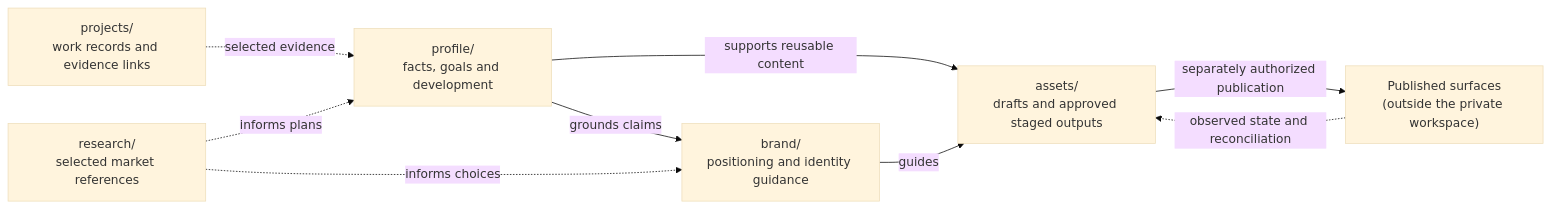
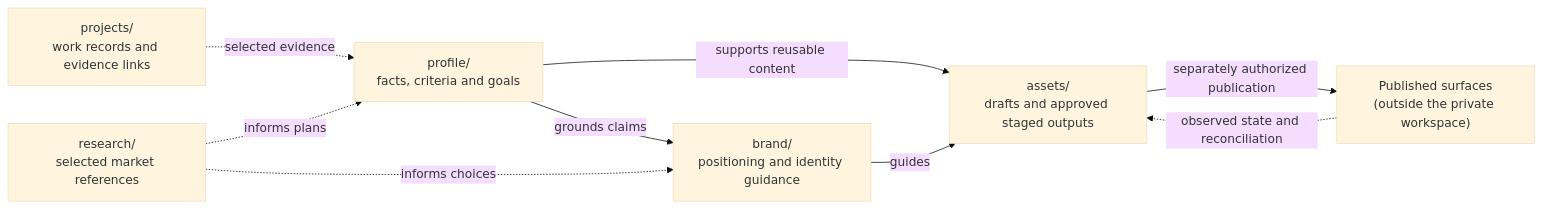
Before and after one commit to lfarci/career-skills: the diagram in docs/WORKSPACE.md, drawn with Mermaid (base theme). The commit also changed other lines of this file and 152 other files, not shown here.

Commit message:
Layered profile: facts/, criteria/, goals/ (#122) (#123)

````diff
--- a/docs/WORKSPACE.md
+++ b/docs/WORKSPACE.md
@@ -21,11 +21,11 @@
 ```mermaid
 flowchart LR
-    J["projects/<br/>work records and evidence links"] -.->|"selected evidence"| P["profile/<br/>facts, goals and development"]
+    J["projects/<br/>work records and evidence links"] -.->|"selected evidence"| P["profile/<br/>facts, criteria and goals"]
     P -->|"grounds claims"| B["brand/<br/>positioning and identity guidance"]
     P -->|"supports reusable content"| A["assets/<br/>drafts and approved staged outputs"]
     B -->|"guides"| A
     R["research/<br/>selected market references"] -.->|"informs choices"| B
     R -.->|"informs plans"| P
     A -->|"separately authorized publication"| X["Published surfaces<br/>(outside the private workspace)"]
     X -.->|"observed state and reconciliation"| A
 ```
````
